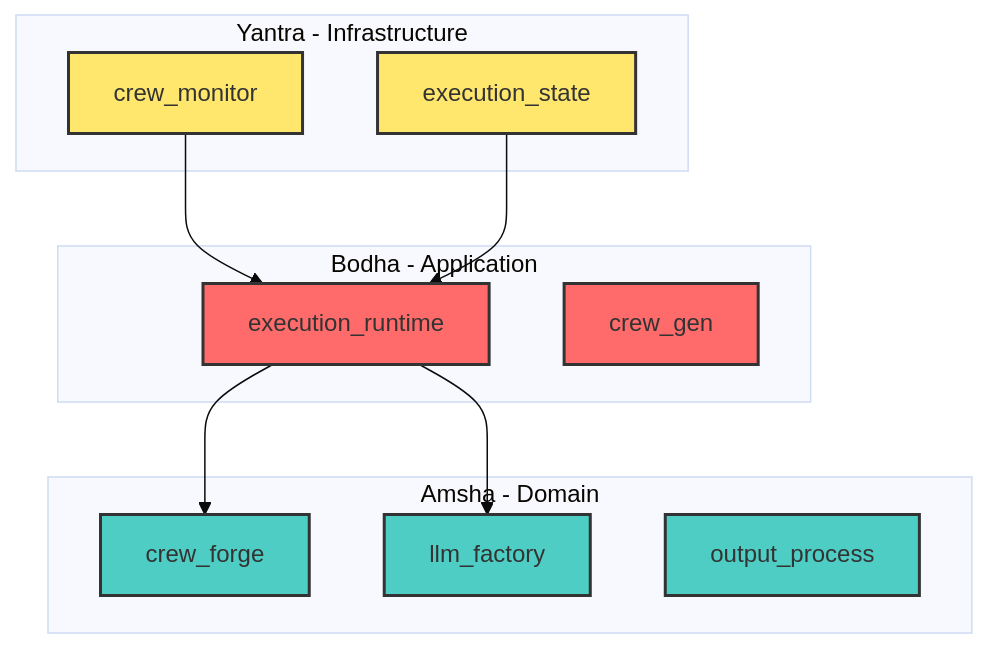
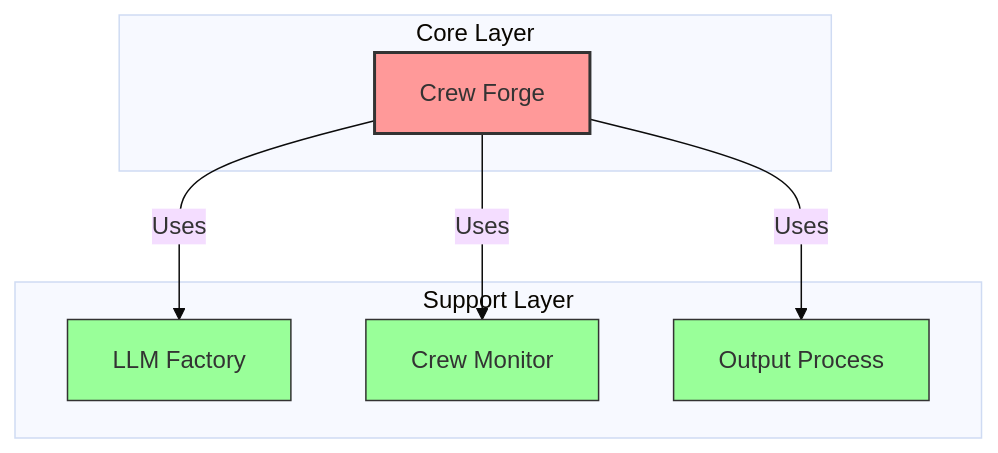
One commit to NikhilVijayakumar/Amsha changed the diagram in docs/paper/drafts/FINAL_JOURNAL_REPORT.md. Above: the diagram before and after it, drawn with Mermaid. The commit also changed other lines of this file and 30 other files, not shown here.

````diff
--- a/docs/paper/drafts/FINAL_JOURNAL_REPORT.md
+++ b/docs/paper/drafts/FINAL_JOURNAL_REPORT.md
@@ -59,31 +39,23 @@
 ```mermaid
 ---
 config:
   theme: base
 ---
-graph TB
-    classDef domain fill:#4ecdc4,stroke:#333,stroke-width:2px
-    classDef app fill:#ff6b6b,stroke:#333,stroke-width:2px
-    classDef infra fill:#ffe66d,stroke:#333,stroke-width:2px
+flowchart TD
+    classDef core fill:#ff9999,stroke:#333,stroke-width:2px;
+    classDef support fill:#99ff99,stroke:#333,stroke-width:1px;
     
-    subgraph "Yantra - Infrastructure"
-        Monitor[crew_monitor]:::infra
-        State[execution_state]:::infra
+    subgraph Core Layer
+        Forge[Crew Forge]:::core
     end
     
-    subgraph "Bodha - Application"
-        Runtime[execution_runtime]:::app
-        CrewGen[crew_gen]:::app
+    subgraph Support Layer
+        LLM[LLM Factory]:::support
+        Monitor[Crew Monitor]:::support
+        Output[Output Process]:::support
     end
     
-    subgraph "Amsha - Domain"
-        CrewForge[crew_forge]:::domain
-        LLMFactory[llm_factory]:::domain
-        OutputProcess[output_process]:::domain
-    end
-    
-    Runtime --> CrewForge
-    Runtime --> LLMFactory
-    Monitor --> Runtime
-    State --> Runtime
+    Forge -->|Uses| LLM
+    Forge -->|Uses| Monitor
+    Forge -->|Uses| Output
 ```
````
